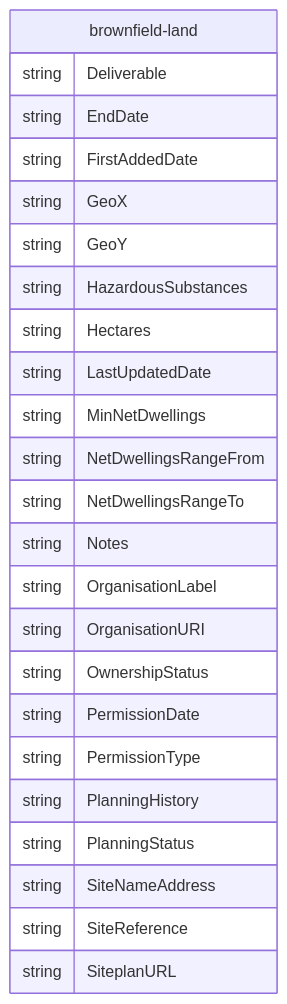
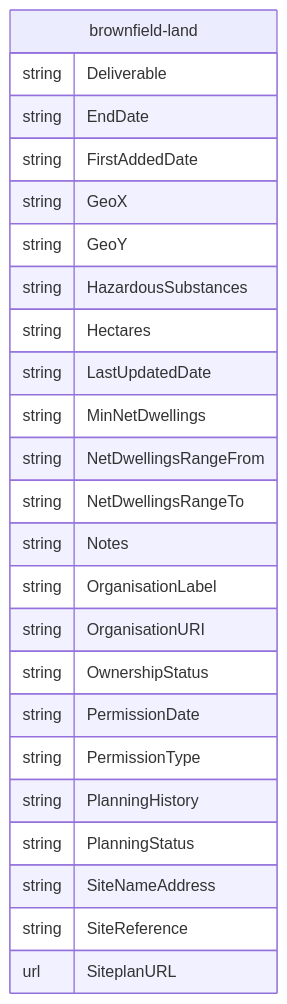
The diagram in mermaid/brownfield-land.md (digital-land/specification), drawn with Mermaid before and after one commit. The commit also changed 9 other files, not shown here.

````diff
--- a/mermaid/brownfield-land.md
+++ b/mermaid/brownfield-land.md
@@ -4,27 +4,27 @@
 ```mermaid
 erDiagram
     brownfield-land {
         string Deliverable
         string EndDate
         string FirstAddedDate
         string GeoX
         string GeoY
         string HazardousSubstances
         string Hectares
         string LastUpdatedDate
         string MinNetDwellings
         string NetDwellingsRangeFrom
         string NetDwellingsRangeTo
         string Notes
         string OrganisationLabel
         string OrganisationURI
         string OwnershipStatus
         string PermissionDate
         string PermissionType
         string PlanningHistory
         string PlanningStatus
         string SiteNameAddress
         string SiteReference
-        string SiteplanURL
+        url SiteplanURL
     }
 ```
````
